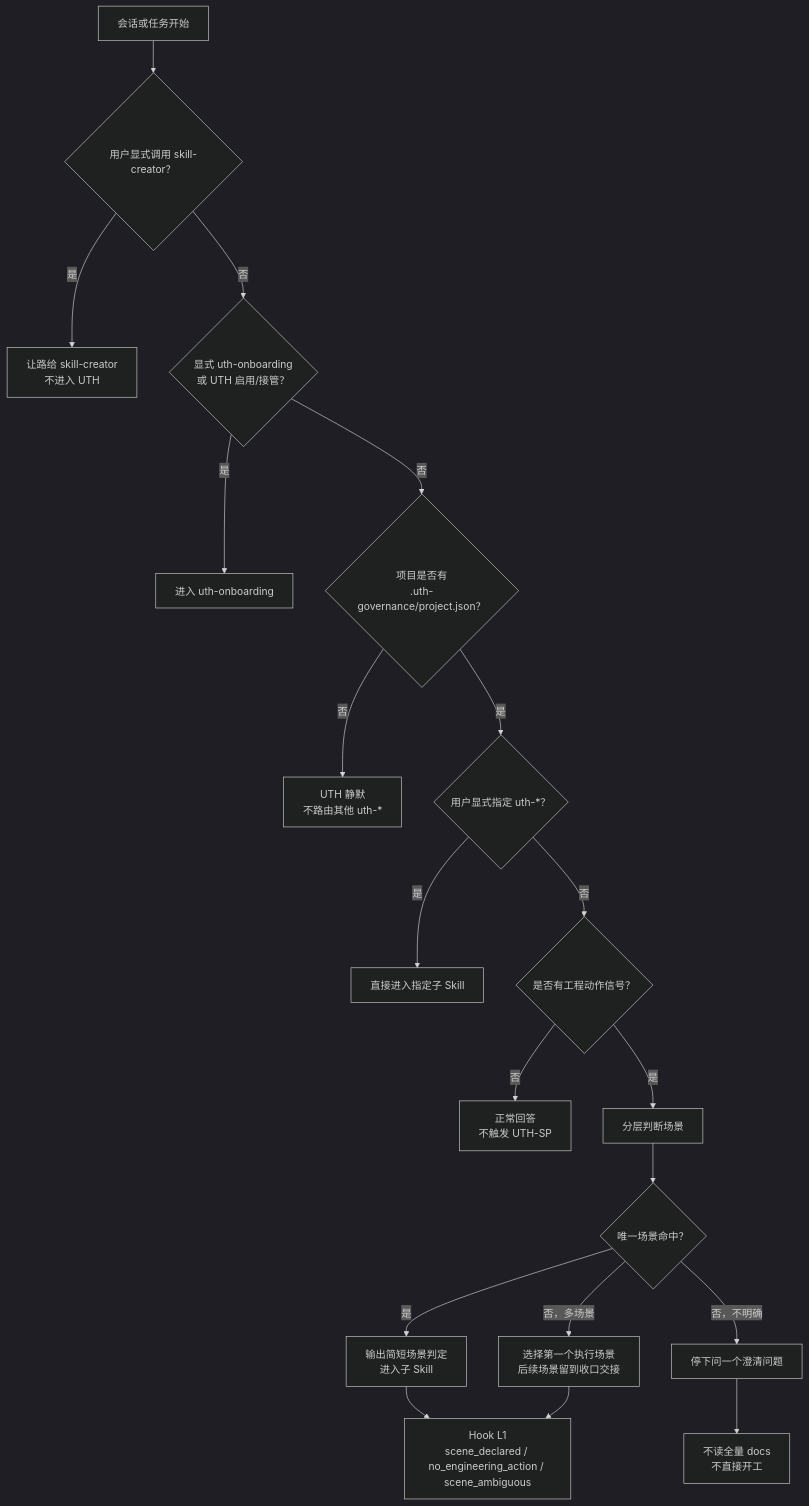
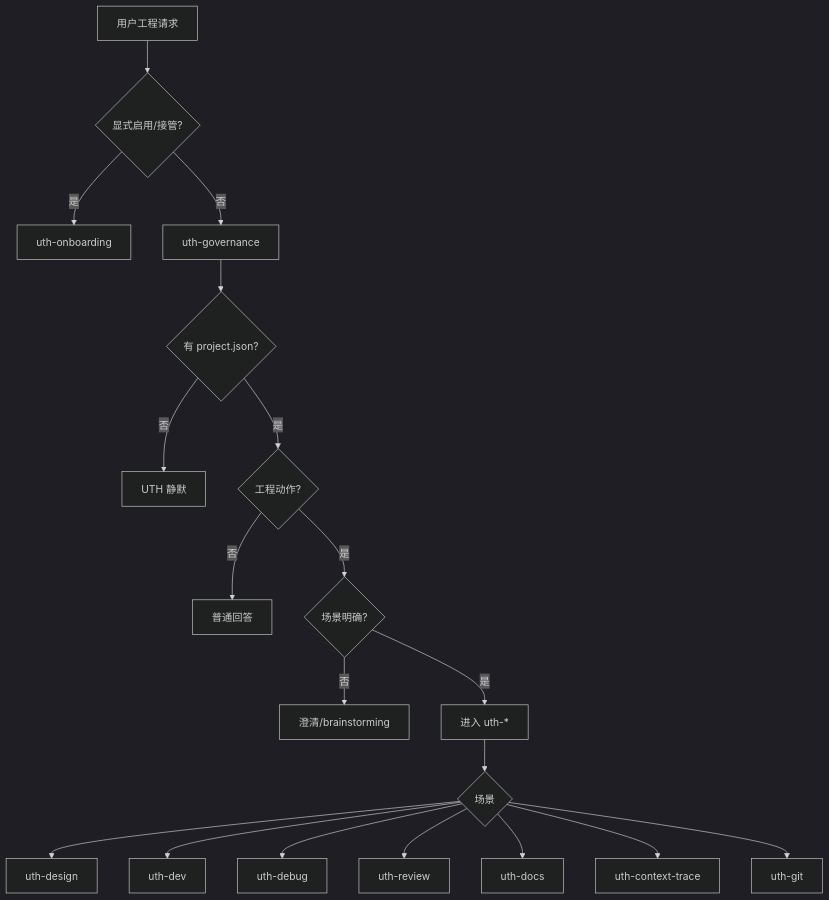
Before and after one commit to undertaker33/uth-governance: the second of 7 diagrams in docs/FLOW_全链路流程图.md, drawn with Mermaid (dark theme). The commit also changed other lines of this file and 3 other files, not shown here.

````diff
--- a/docs/FLOW_全链路流程图.md
+++ b/docs/FLOW_全链路流程图.md
@@ -68,22 +22,21 @@
 ```mermaid
 flowchart TD
-    A["会话或任务开始"] --> B{"用户显式调用 skill-creator？"}
-    B -- "是" --> B1["让路给 skill-creator<br/>不进入 UTH"]
-    B -- "否" --> C{"显式 uth-onboarding<br/>或 UTH 启用/接管？"}
-    C -- "是" --> C1["进入 uth-onboarding"]
-    C -- "否" --> C2{"项目是否有<br/>.uth-governance/project.json？"}
-    C2 -- "否" --> C3["UTH 静默<br/>不路由其他 uth-*"]
-    C2 -- "是" --> D{"用户显式指定 uth-*？"}
-    D -- "是" --> D1["直接进入指定子 Skill"]
-    D -- "否" --> E{"是否有工程动作信号？"}
-    E -- "否" --> E1["正常回答<br/>不触发 UTH-SP"]
-    E -- "是" --> F["分层判断场景"]
-    F --> G{"唯一场景命中？"}
-    G -- "是" --> H["输出简短场景判定<br/>进入子 Skill"]
-    G -- "否，多场景" --> I["选择第一个执行场景<br/>后续场景留到收口交接"]
-    G -- "否，不明确" --> J["停下问一个澄清问题"]
-
-    H --> K["Hook L1<br/>scene_declared / no_engineering_action / scene_ambiguous"]
-    I --> K
-    J --> L["不读全量 docs<br/>不直接开工"]
+    A["用户工程请求"] --> B{"显式启用/接管?"}
+    B -- "是" --> C["uth-onboarding"]
+    B -- "否" --> D["uth-governance"]
+    D --> E{"有 project.json?"}
+    E -- "否" --> F["UTH 静默"]
+    E -- "是" --> G{"工程动作?"}
+    G -- "否" --> H["普通回答"]
+    G -- "是" --> I{"场景明确?"}
+    I -- "否" --> J["澄清/brainstorming"]
+    I -- "是" --> K["进入 uth-*"]
+    K --> L{"场景"}
+    L --> D1["uth-design"]
+    L --> D2["uth-dev"]
+    L --> D3["uth-debug"]
+    L --> D4["uth-review"]
+    L --> D5["uth-docs"]
+    L --> D6["uth-context-trace"]
+    L --> D7["uth-git"]
 ```
````
